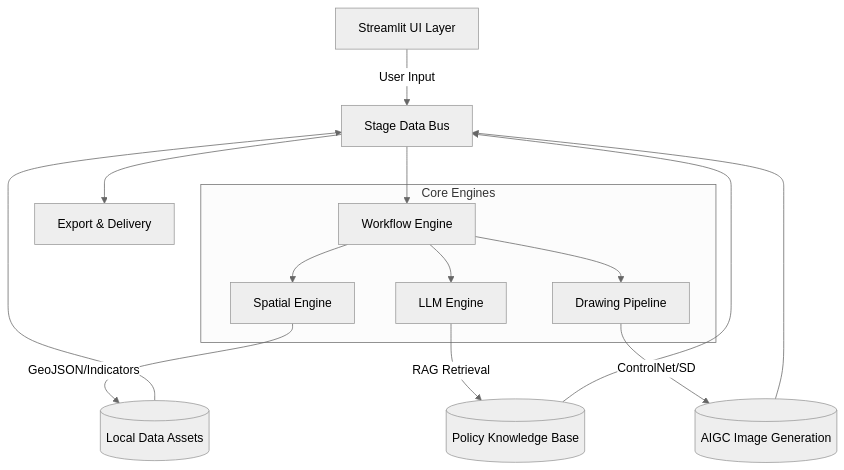
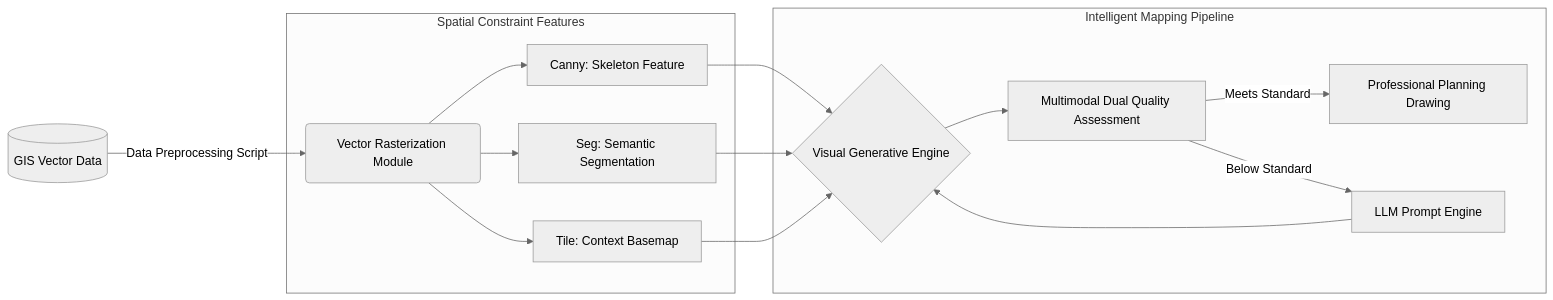
One commit to Chain813/ultimate-design changed the first of 3 diagrams in README_EN.md. Above: the diagram before and after it, drawn with Mermaid (neutral theme). The commit also changed other lines of this file and 1 other file, not shown here.

Commit message:
docs: restructure and de-brand core function diagrams

````diff
--- a/README_EN.md
+++ b/README_EN.md
@@ -24,21 +55,21 @@
 ```mermaid
-graph TD
-    UI[Streamlit UI Layer] -->|User Input| Bus[Stage Data Bus]
-    Bus --> WF[Workflow Engine]
+flowchart LR
+    A[(GIS Vector Data)] -->|Data Preprocessing Script| B(Vector Rasterization Module)
     
-    subgraph Core Engines
-        WF --> GIS[Spatial Engine]
-        WF --> LLM[LLM Engine]
-        WF --> AIGC[Drawing Pipeline]
+    subgraph Spatial Constraint Features
+        B --> C1[Canny: Skeleton Feature]
+        B --> C2[Seg: Semantic Segmentation]
+        B --> C3[Tile: Context Basemap]
     end
     
-    GIS -->|GeoJSON/Indicators| Data[(Local Data Assets)]
-    LLM -->|RAG Retrieval| Kno[(Policy Knowledge Base)]
-    AIGC -->|ControlNet/SD| Img[(AIGC Image Generation)]
+    C1 --> SD{Visual Generative Engine}
+    C2 --> SD
+    C3 --> SD
     
-    Data --> Bus
-    Kno --> Bus
-    Img --> Bus
-    
-    Bus --> Out[Export & Delivery]
+    subgraph Intelligent Mapping Pipeline
+        P[LLM Prompt Engine] --> SD
+        SD --> Q[Multimodal Dual Quality Assessment]
+        Q -->|Meets Standard| Out[Professional Planning Drawing]
+        Q -->|Below Standard| P
+    end
 ```
````
